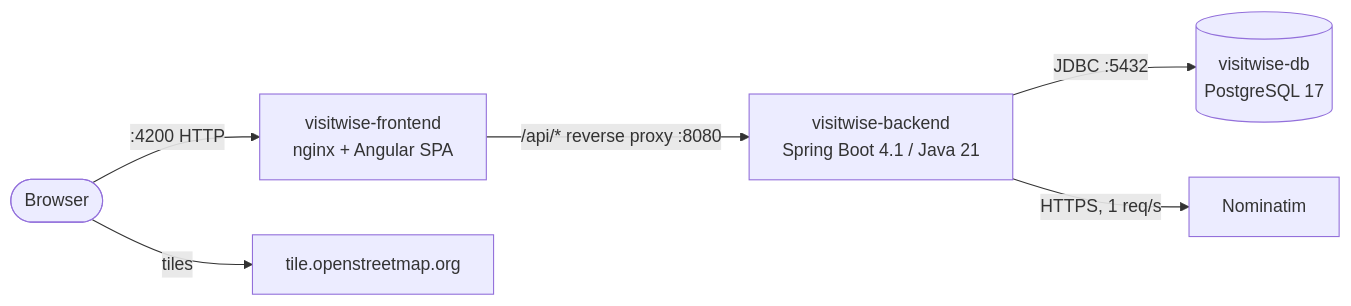
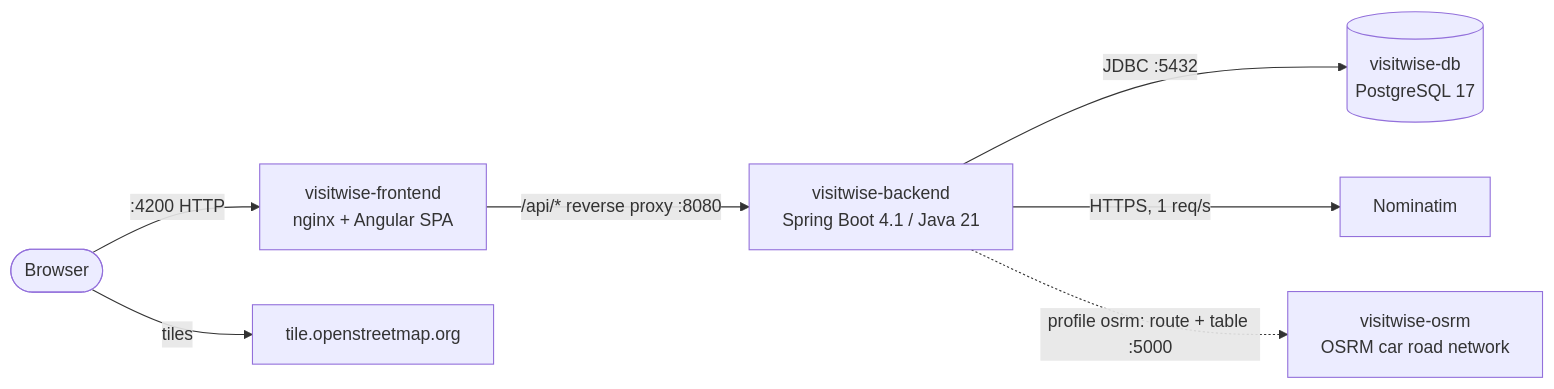
One commit to RiccardoPuccetti/2142227_VisitWise changed the second of 4 diagrams in booklets/architecture/ARCHITECTURE.md. Above: the diagram before and after it, drawn with Mermaid. The commit also changed other lines of this file and 3 other files, not shown here.

````diff
--- a/booklets/architecture/ARCHITECTURE.md
+++ b/booklets/architecture/ARCHITECTURE.md
@@ -17,8 +17,9 @@
 ```mermaid
 flowchart LR
   browser([Browser]) -->|:4200 HTTP| fe[visitwise-frontend<br/>nginx + Angular SPA]
   fe -->|/api/* reverse proxy :8080| be[visitwise-backend<br/>Spring Boot 4.1 / Java 21]
   be -->|JDBC :5432| db[(visitwise-db<br/>PostgreSQL 17)]
   be -->|HTTPS, 1 req/s| nom[Nominatim]
+  be -.->|profile osrm: route + table :5000| osrm[visitwise-osrm<br/>OSRM car road network]
   browser -->|tiles| osm[tile.openstreetmap.org]
 ```
````
